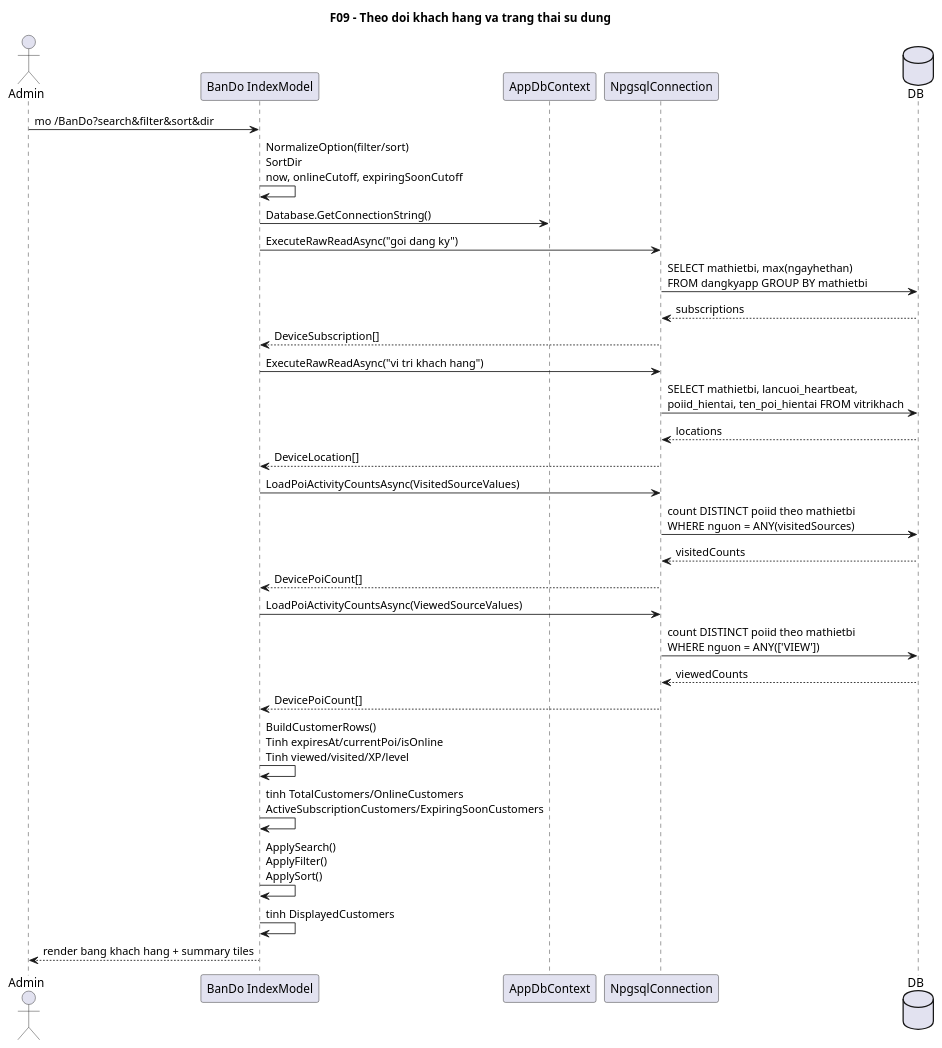
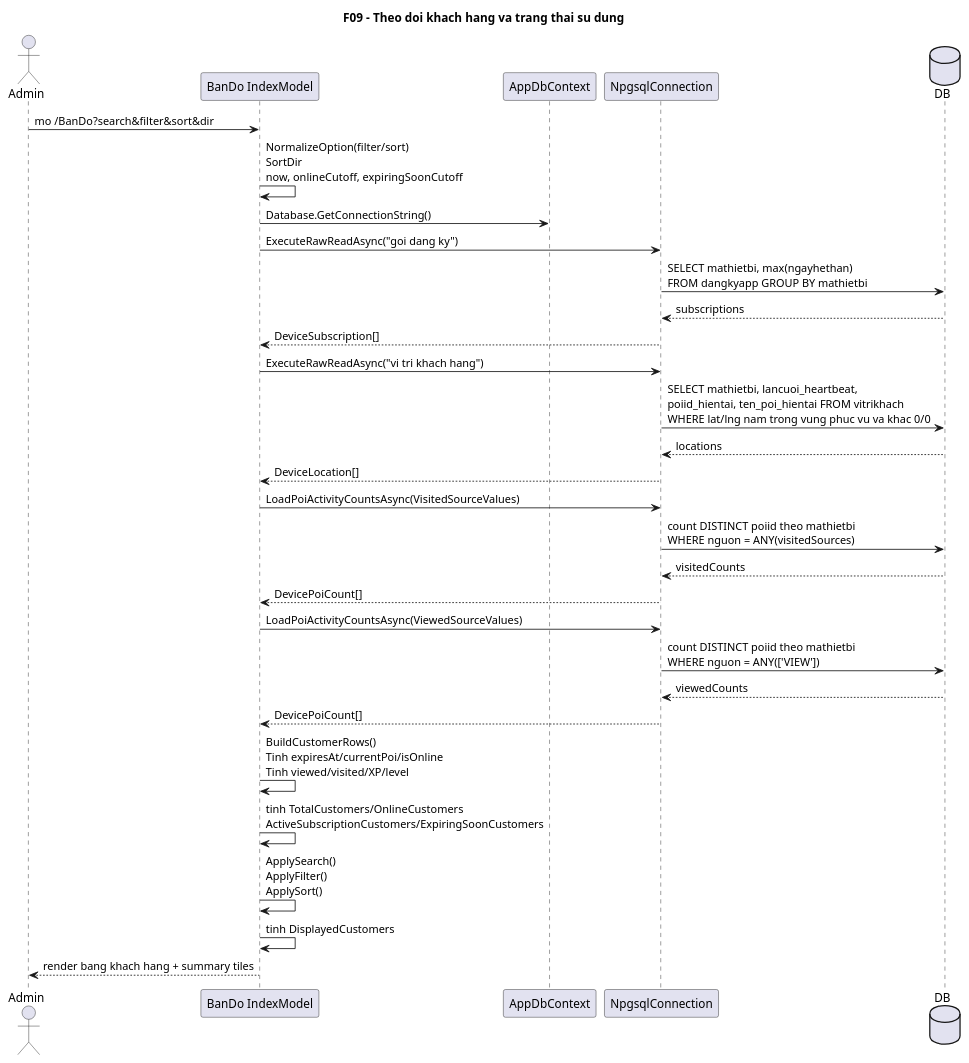
The diagram in docs/diagrams/09-live-map-sequence.puml (VoBao182/PhoAmThuc), drawn with PlantUML before and after one commit. The commit also changed 23 other files, not shown here.

```diff
--- a/docs/diagrams/09-live-map-sequence.puml
+++ b/docs/diagrams/09-live-map-sequence.puml
@@ -1,47 +1,47 @@
 @startuml
 ' Diagram: F09 - Theo doi khach hang va trang thai su dung (Sequence)
 ' Status: VERIFIED
-' Baseline: branch master, HEAD b946abe
+' Baseline: branch master, current worktree @ HEAD 3158ff7
 ' Source:
 ' - VinhKhanhTour.CMS/Pages/BanDo/Index.cshtml.cs: OnGetAsync(), LoadSubscriptionsAsync(), LoadLocationsAsync(), LoadPoiActivityCountsAsync(), ExecuteRawReadAsync(), BuildCustomerRows(), ApplySearch(), ApplyFilter(), ApplySort()
 ' - VinhKhanhTour.CMS/Pages/BanDo/Index.cshtml
 ' - VinhKhanhTour.API/Data/AppDbContext.cs
-' Note: Sequence cap nhat theo raw Npgsql query hien tai, summary online/subscription/XP, va khong con JS fetch HeartbeatController.
+' Note: Sequence cap nhat theo raw Npgsql query hien tai, summary online/subscription/XP, chi lay toa do trong vung phuc vu, va khong con JS fetch HeartbeatController.
 title F09 - Theo doi khach hang va trang thai su dung
 
 actor Admin
 participant "BanDo IndexModel" as IndexModel
 participant AppDbContext
 participant "NpgsqlConnection" as Npgsql
 database DB
 
 Admin -> IndexModel: mo /BanDo?search&filter&sort&dir
 IndexModel -> IndexModel: NormalizeOption(filter/sort)\nSortDir\nnow, onlineCutoff, expiringSoonCutoff
 
 IndexModel -> AppDbContext: Database.GetConnectionString()
 IndexModel -> Npgsql: ExecuteRawReadAsync("goi dang ky")
 Npgsql -> DB: SELECT mathietbi, max(ngayhethan)\nFROM dangkyapp GROUP BY mathietbi
 DB --> Npgsql: subscriptions
 Npgsql --> IndexModel: DeviceSubscription[]
 
 IndexModel -> Npgsql: ExecuteRawReadAsync("vi tri khach hang")
-Npgsql -> DB: SELECT mathietbi, lancuoi_heartbeat,\npoiid_hientai, ten_poi_hientai FROM vitrikhach
+Npgsql -> DB: SELECT mathietbi, lancuoi_heartbeat,\npoiid_hientai, ten_poi_hientai FROM vitrikhach\nWHERE lat/lng nam trong vung phuc vu va khac 0/0
 DB --> Npgsql: locations
 Npgsql --> IndexModel: DeviceLocation[]
 
 IndexModel -> Npgsql: LoadPoiActivityCountsAsync(VisitedSourceValues)
 Npgsql -> DB: count DISTINCT poiid theo mathietbi\nWHERE nguon = ANY(visitedSources)
 DB --> Npgsql: visitedCounts
 Npgsql --> IndexModel: DevicePoiCount[]
 
 IndexModel -> Npgsql: LoadPoiActivityCountsAsync(ViewedSourceValues)
 Npgsql -> DB: count DISTINCT poiid theo mathietbi\nWHERE nguon = ANY(['VIEW'])
 DB --> Npgsql: viewedCounts
 Npgsql --> IndexModel: DevicePoiCount[]
 
 IndexModel -> IndexModel: BuildCustomerRows()\nTinh expiresAt/currentPoi/isOnline\nTinh viewed/visited/XP/level
 IndexModel -> IndexModel: tinh TotalCustomers/OnlineCustomers\nActiveSubscriptionCustomers/ExpiringSoonCustomers
 IndexModel -> IndexModel: ApplySearch()\nApplyFilter()\nApplySort()
 IndexModel -> IndexModel: tinh DisplayedCustomers
 IndexModel --> Admin: render bang khach hang + summary tiles
 @enduml
```
